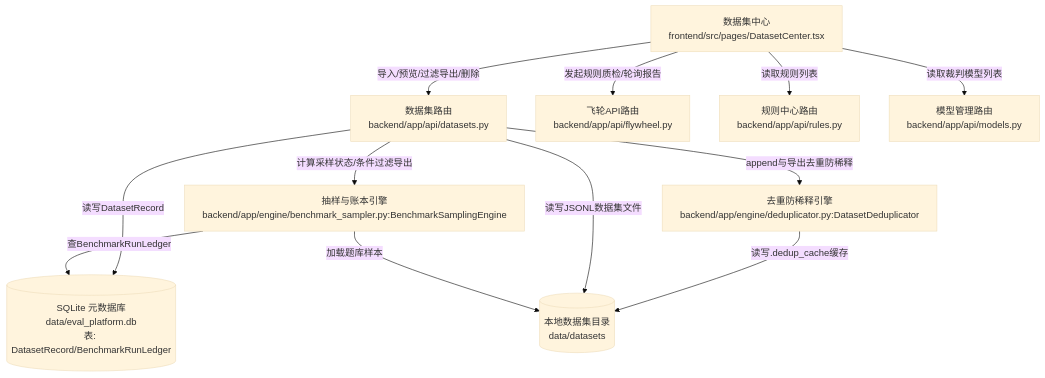
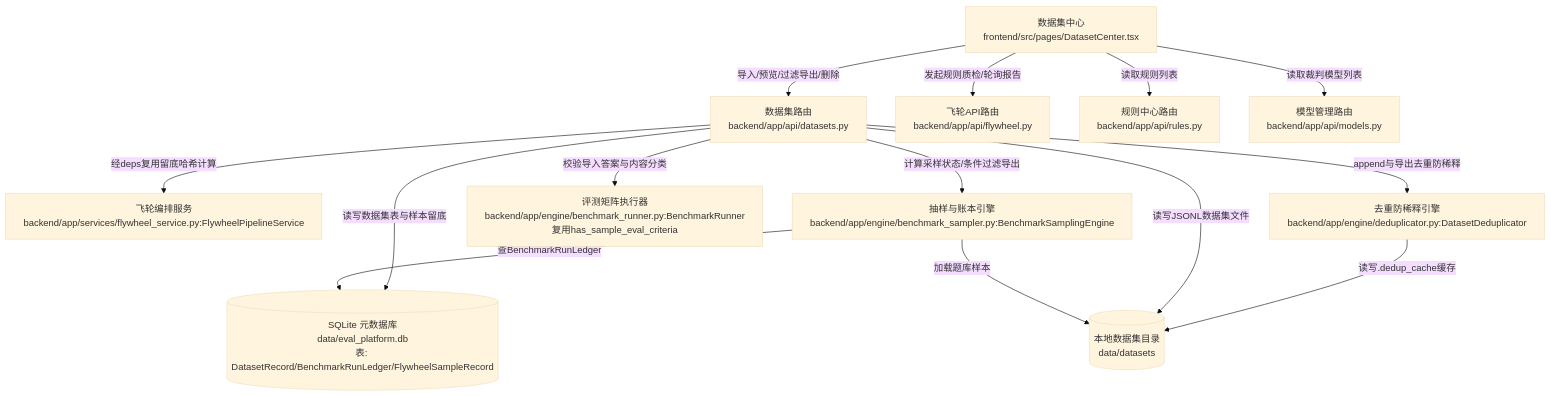
Before and after one commit to sharmt1411/eval-platform: the diagram in docs/map/L2-dataset_center.mmd, drawn with Mermaid (base theme). The commit also changed 34 other files, not shown here.

```diff
--- a/docs/map/L2-dataset_center.mmd
+++ b/docs/map/L2-dataset_center.mmd
@@ -1,26 +1,31 @@
 %% title: 数据集中心纵向切片 (L2)
 %% link: api_flywheel -> L2-flywheel.mmd
 %% link: api_rules -> L2-rule_center.mmd
 %% link: api_models -> L2-model_hub.mmd
+%% link: flywheel_service -> L2-flywheel.mmd
 flowchart TB
   dataset_center["数据集中心\nfrontend/src/pages/DatasetCenter.tsx"]
   api_datasets["数据集路由\nbackend/app/api/datasets.py"]
   api_flywheel["飞轮API路由\nbackend/app/api/flywheel.py"]
   api_rules["规则中心路由\nbackend/app/api/rules.py"]
   api_models["模型管理路由\nbackend/app/api/models.py"]
+  flywheel_service["飞轮编排服务\nbackend/app/services/flywheel_service.py:FlywheelPipelineService"]
   benchmark_sampler["抽样与账本引擎\nbackend/app/engine/benchmark_sampler.py:BenchmarkSamplingEngine"]
+  benchmark_runner["评测矩阵执行器\nbackend/app/engine/benchmark_runner.py:BenchmarkRunner\n复用has_sample_eval_criteria"]
   deduplicator["去重防稀释引擎\nbackend/app/engine/deduplicator.py:DatasetDeduplicator"]
-  sqlite_db[("SQLite 元数据库\ndata/eval_platform.db\n表: DatasetRecord/BenchmarkRunLedger")]
+  sqlite_db[("SQLite 元数据库\ndata/eval_platform.db\n表: DatasetRecord/BenchmarkRunLedger/FlywheelSampleRecord")]
   datasets_dir[("本地数据集目录\ndata/datasets")]
 
   dataset_center -->|"导入/预览/过滤导出/删除"| api_datasets
   dataset_center -->|"发起规则质检/轮询报告"| api_flywheel
   dataset_center -->|"读取规则列表"| api_rules
   dataset_center -->|"读取裁判模型列表"| api_models
   api_datasets -->|"计算采样状态/条件过滤导出"| benchmark_sampler
+  api_datasets -->|"校验导入答案与内容分类"| benchmark_runner
   api_datasets -->|"append与导出去重防稀释"| deduplicator
+  api_datasets -->|"经deps复用留底哈希计算"| flywheel_service
   deduplicator -->|"读写.dedup_cache缓存"| datasets_dir
-  api_datasets -->|"读写DatasetRecord"| sqlite_db
+  api_datasets -->|"读写数据集表与样本留底"| sqlite_db
   api_datasets -->|"读写JSONL数据集文件"| datasets_dir
   benchmark_sampler -->|"查BenchmarkRunLedger"| sqlite_db
   benchmark_sampler -->|"加载题库样本"| datasets_dir
```
